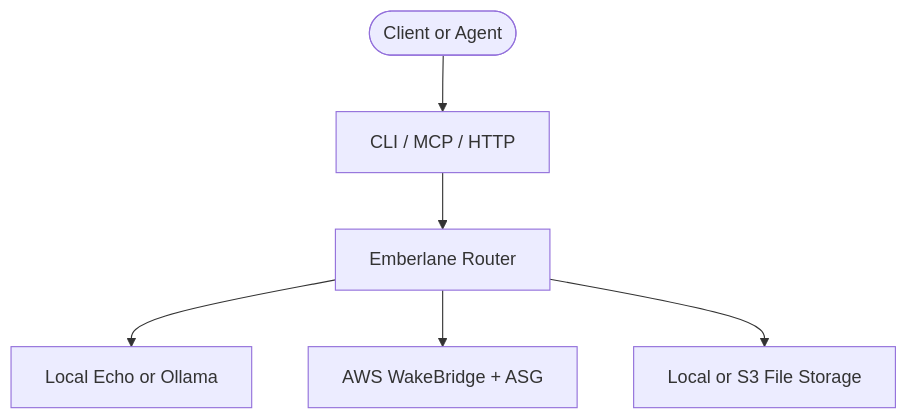
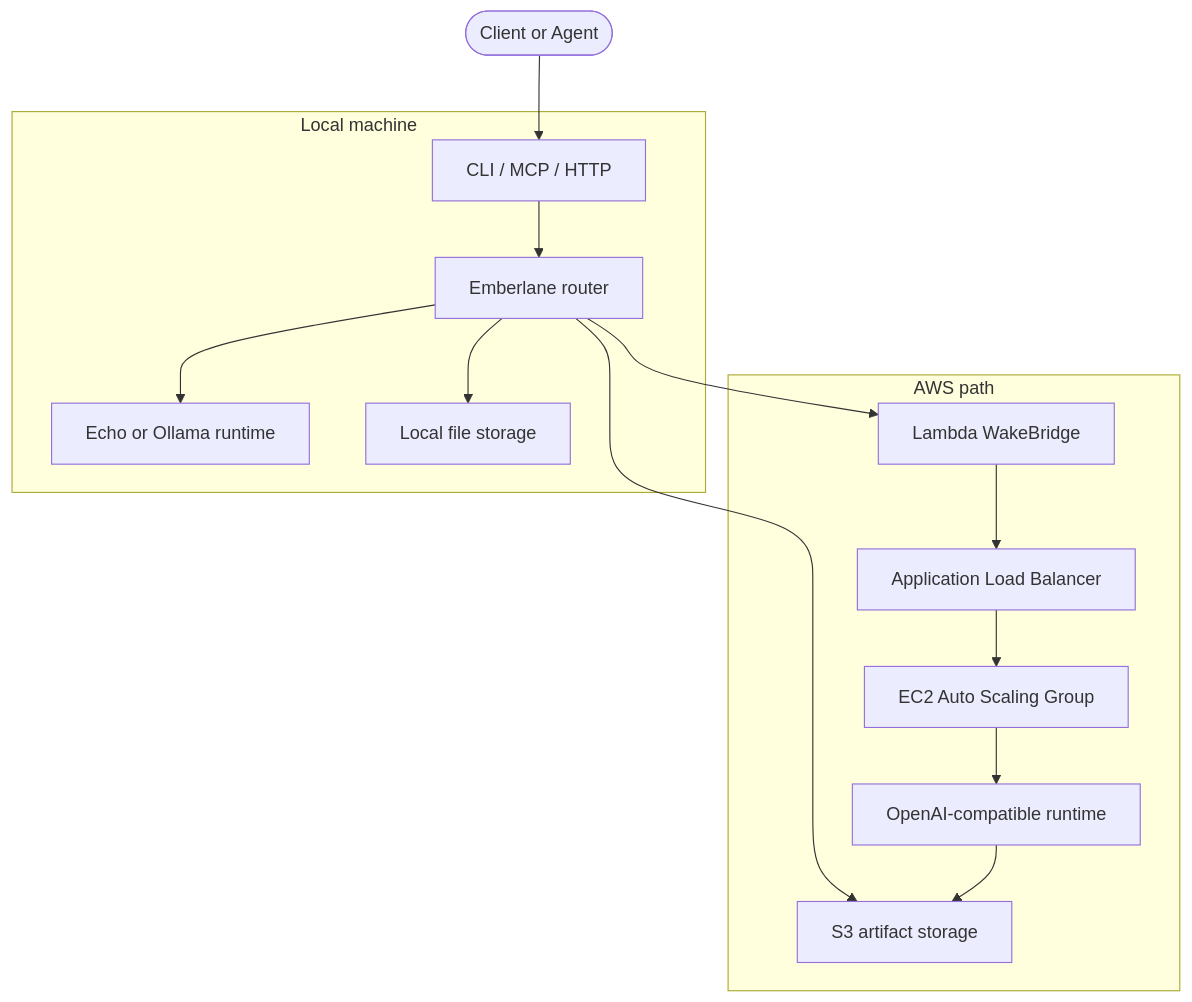
The diagram in README.md (anishk123/emberlane), drawn with Mermaid before and after one commit. The commit also changed other lines of this file, not shown here.

Commit message:
Clarify README architecture diagram

````diff
--- a/README.md
+++ b/README.md
@@ -126,8 +126,19 @@
 ```mermaid
 graph TD
-    Client([Client or Agent]) --> CLI[CLI / MCP / HTTP]
-    CLI --> Router[Emberlane Router]
-    Router --> Local[Local Echo or Ollama]
-    Router --> AWS[AWS WakeBridge + ASG]
-    Router --> Storage[Local or S3 File Storage]
+    Client([Client or Agent]) --> Interface[CLI / MCP / HTTP]
+
+    subgraph LocalMachine["Local machine"]
+        Interface --> Router[Emberlane router]
+        Router --> LocalRuntime[Echo or Ollama runtime]
+        Router --> LocalFiles[Local file storage]
+    end
+
+    subgraph AwsPath["AWS path"]
+        Router --> Lambda[Lambda WakeBridge]
+        Lambda --> ALB[Application Load Balancer]
+        ALB --> ASG[EC2 Auto Scaling Group]
+        ASG --> AwsRuntime[OpenAI-compatible runtime]
+        Router --> S3[S3 artifact storage]
+        AwsRuntime --> S3
+    end
 ```
````
